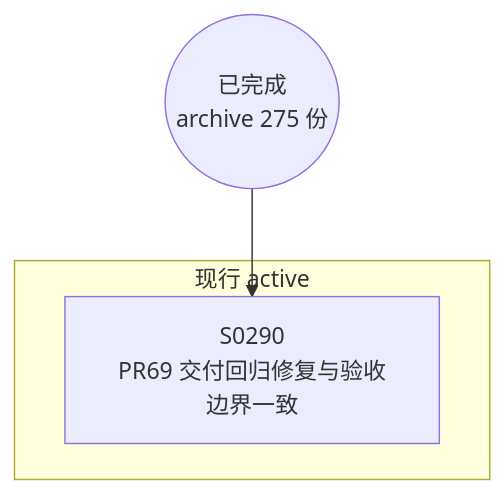
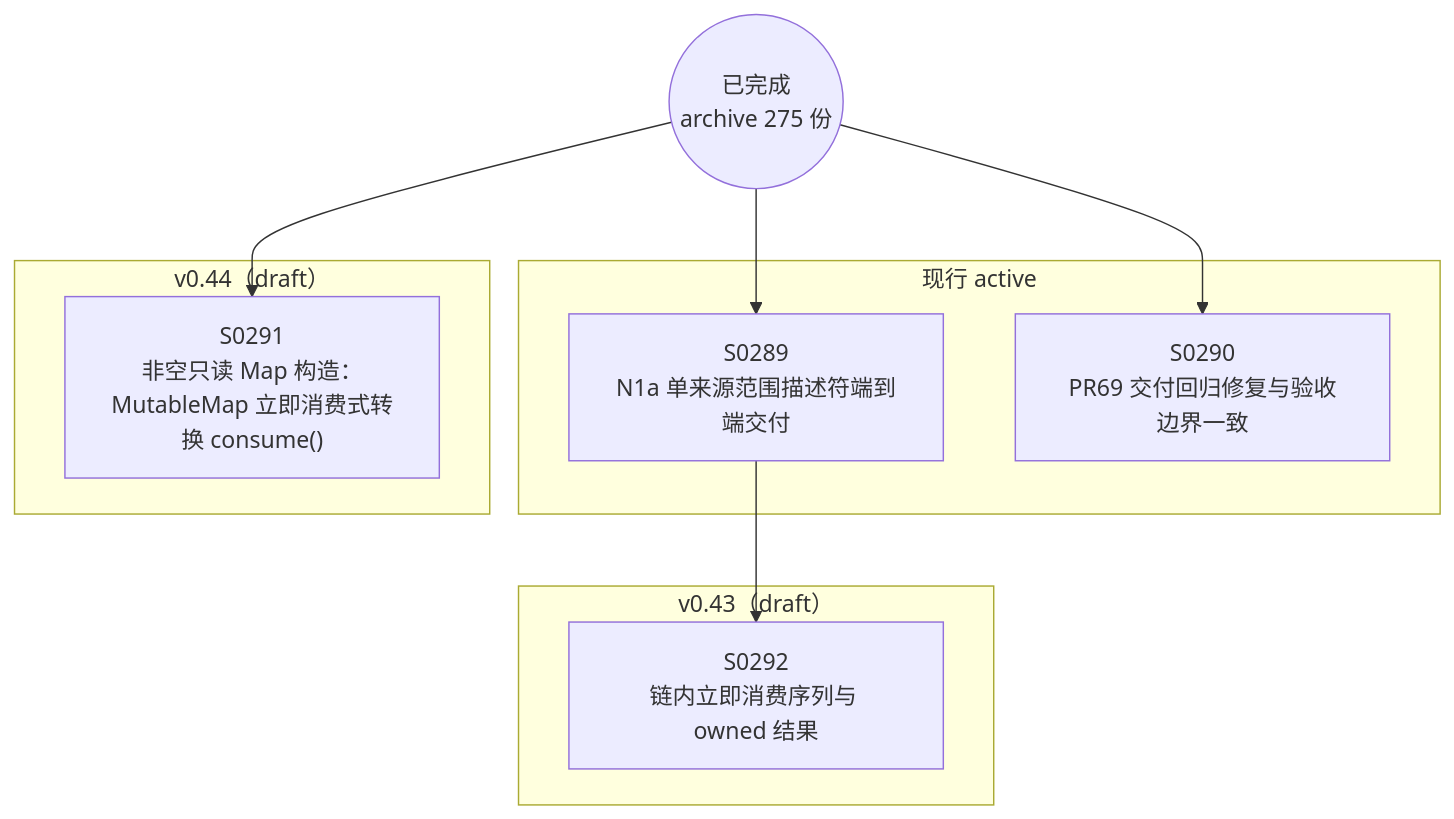
One commit to Halckon/Koven changed the diagram in docs/specs/dependency-graph.md. Above: the diagram before and after it, drawn with Mermaid. The commit also changed other lines of this file and 45 other files, not shown here.

````diff
--- a/docs/specs/dependency-graph.md
+++ b/docs/specs/dependency-graph.md
@@ -9,8 +9,18 @@
 ```mermaid
 flowchart TD
 ARCH(("已完成<br/>archive 275 份"))
 subgraph Gactive["现行 active"]
+  S0289["S0289<br/>N1a 单来源范围描述符端到端交付"]
   S0290["S0290<br/>PR69 交付回归修复与验收边界一致"]
 end
+subgraph Gdrafts_v043["v0.43（draft）"]
+  S0292["S0292<br/>链内立即消费序列与 owned 结果"]
+end
+subgraph Gdrafts_v044["v0.44（draft）"]
+  S0291["S0291<br/>非空只读 Map 构造：MutableMap 立即消费式转换 consume()"]
+end
+S0289 --> S0292
+ARCH --> S0289
 ARCH --> S0290
+ARCH --> S0291
 ```
````
